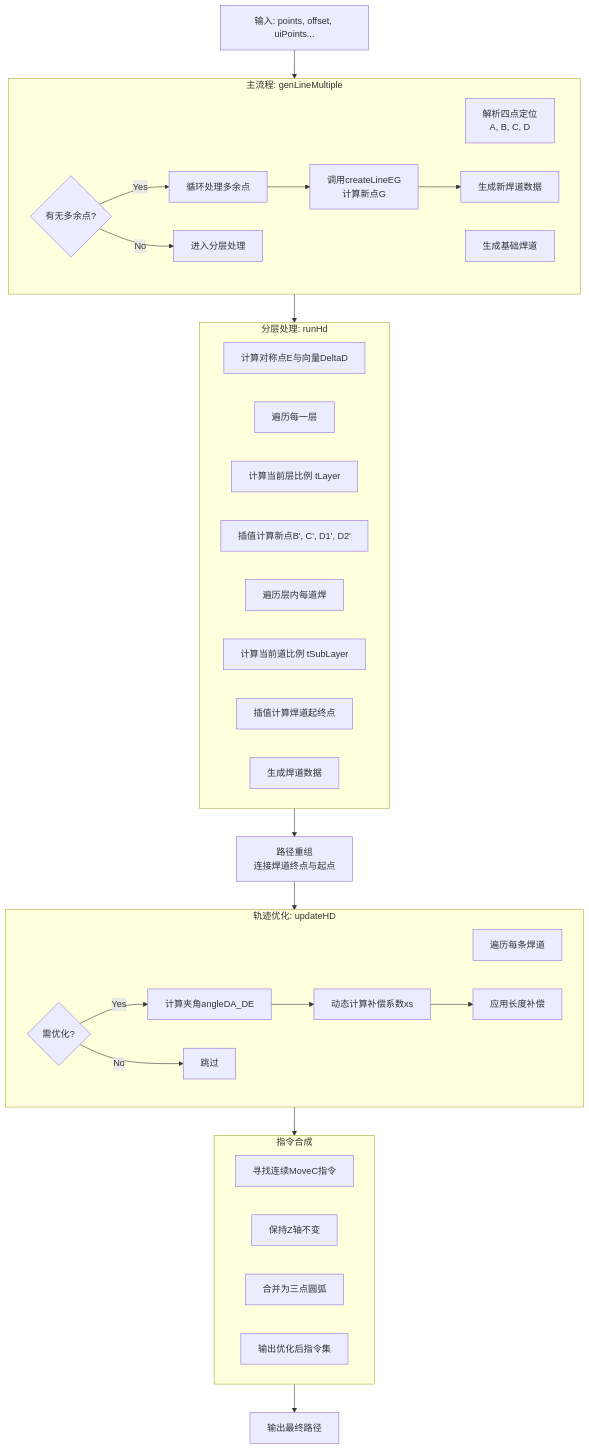
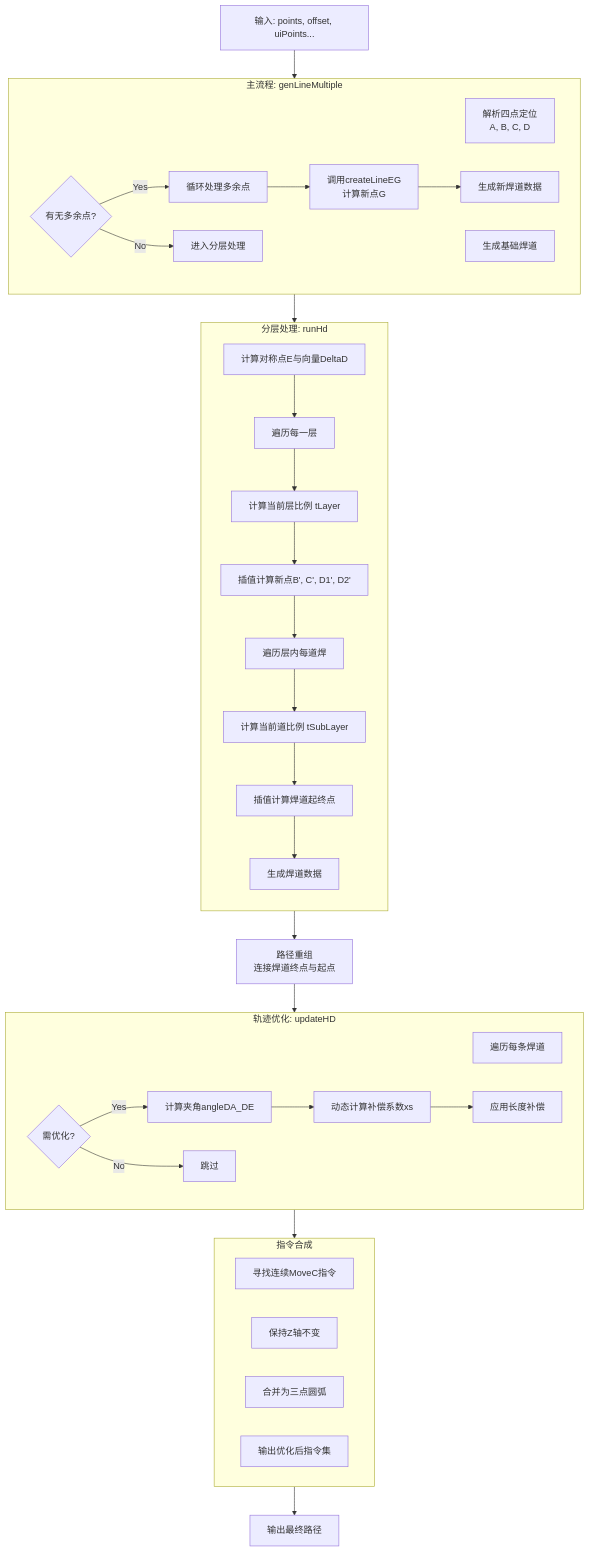
The diagram in all/未命名.md (AAAAAxill/iodraw-files), drawn with Mermaid before and after one commit.

Commit message:
2025-08-20 17:43:17 update

````diff
--- a/all/未命名.md
+++ b/all/未命名.md
@@ -1,52 +1,62 @@
 ```mermaid
 flowchart TD
     A[输入: points, offset, uiPoints...] --> B(genLineMultiple)
     
     subgraph B [主流程: genLineMultiple]
         B1[解析四点定位<br>A, B, C, D]
         B2[生成基础焊道]
         B3{有无多余点?}
         B3 -- Yes --> B4[循环处理多余点]
         B4 --> B5[调用createLineEG<br>计算新点G]
         B5 --> B6[生成新焊道数据]
         B3 -- No --> B7[进入分层处理]
     end
     
     B --> C(runHd)
     
     subgraph C [分层处理: runHd]
-    
+        direction TB
+        
         C1[计算对称点E与向量DeltaD]
         C2[遍历每一层]
         C2_C1[计算当前层比例 tLayer]
         C2_C2[插值计算新点B', C', D1', D2']
         C2_C3[遍历层内每道焊]
         C2_C3_C1[计算当前道比例 tSubLayer]
         C2_C3_C2[插值计算焊道起终点]
         C2_C3_C3[生成焊道数据]
+        
+        C1 --> C2
+        C2 --> C2_C1
+        C2_C1 --> C2_C2
+        C2_C2 --> C2_C3
+        C2_C3 --> C2_C3_C1
+        C2_C3_C1 --> C2_C3_C2
+        C2_C3_C2 --> C2_C3_C3
     end
+    
     
     C --> D[路径重组<br>连接焊道终点与起点]
     D --> E(updateHD)
     
     subgraph E [轨迹优化: updateHD]
         E1[遍历每条焊道]
         E2{需优化?}
         E2 -- Yes --> E3[计算夹角angleDA_DE]
         E3 --> E4[动态计算补偿系数xs]
         E4 --> E5[应用长度补偿]
         E2 -- No --> E6[跳过]
     end
     
     E --> F(mergeMoveCInOrder)
     
     subgraph F [指令合成]
         F1[寻找连续MoveC指令]
         F2[保持Z轴不变]
         F3[合并为三点圆弧]
         F4[输出优化后指令集]
     end
     
     F --> G[输出最终路径]
 
 ```
````
